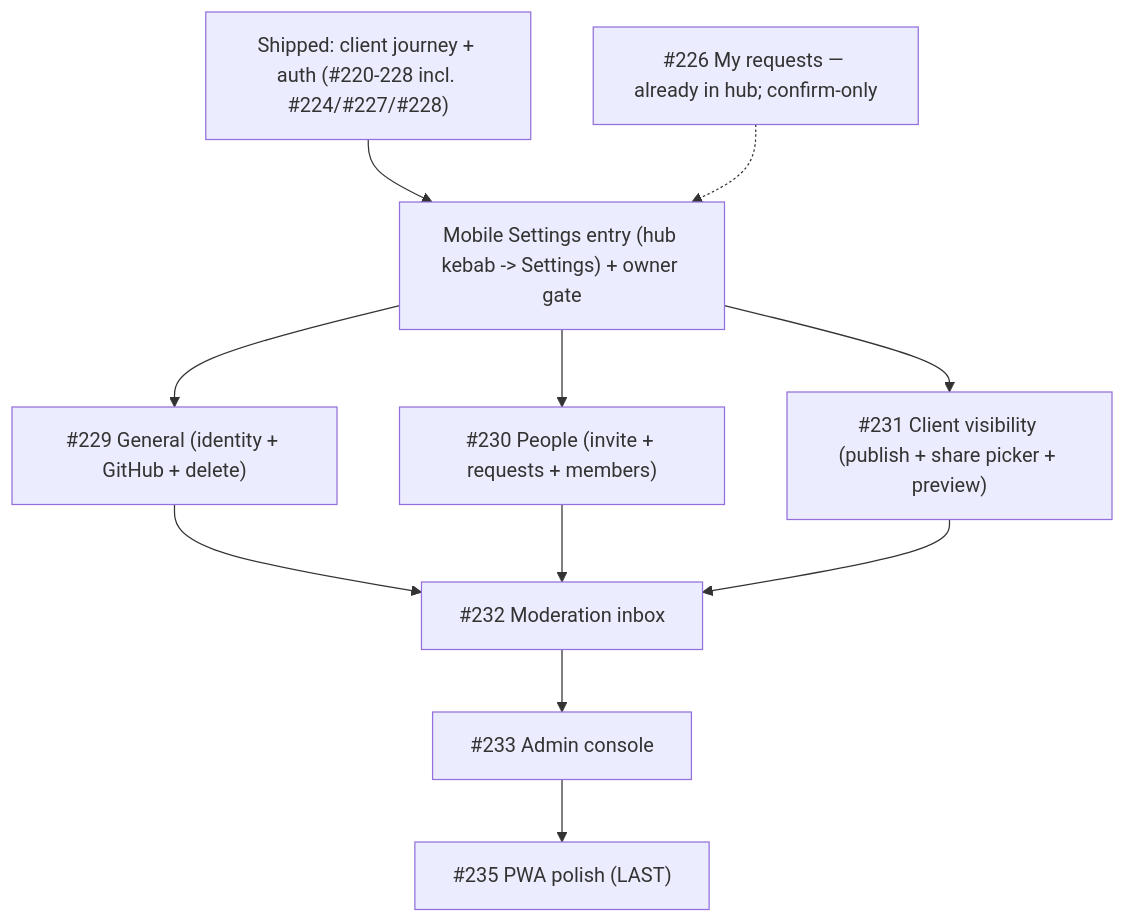
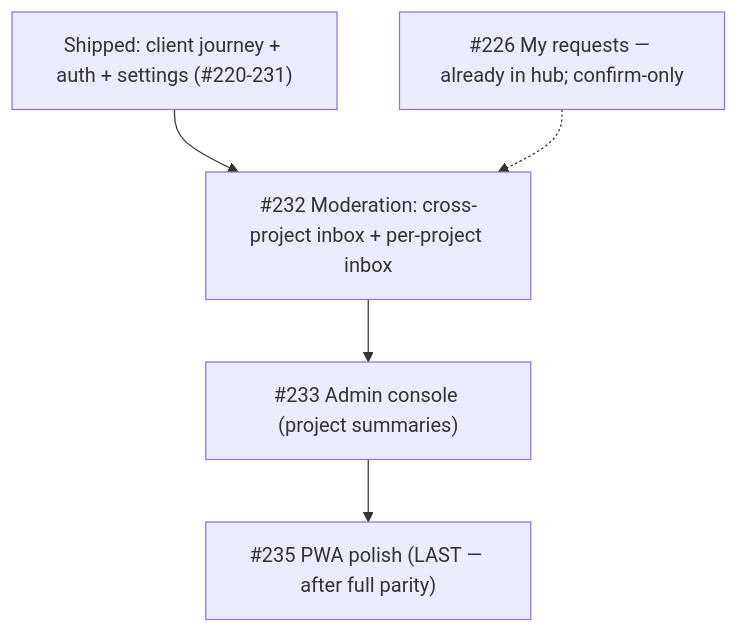
The diagram in docs/audits/milestone-12-audit.md (zestones/vista), drawn with Mermaid before and after one commit. The commit also changed other lines of this file, not shown here.

Commit message:
docs: refresh milestone #12 audit (moderation next)

````diff
--- a/docs/audits/milestone-12-audit.md
+++ b/docs/audits/milestone-12-audit.md
@@ -35,14 +32,8 @@
 ```mermaid
 flowchart TD
-  Done["Shipped: client journey + auth (#220-228 incl. #224/#227/#228)"]
-  Done --> ENTRY["Mobile Settings entry (hub kebab -> Settings) + owner gate"]
-  ENTRY --> G["#229 General (identity + GitHub + delete)"]
-  ENTRY --> P["#230 People (invite + requests + members)"]
-  ENTRY --> V["#231 Client visibility (publish + share picker + preview)"]
-  G --> MOD["#232 Moderation inbox"]
-  P --> MOD
-  V --> MOD
-  MOD --> ADM["#233 Admin console"]
-  ADM --> PWA["#235 PWA polish (LAST)"]
-  P226["#226 My requests — already in hub; confirm-only"] -.-> ENTRY
+  Done["Shipped: client journey + auth + settings (#220-231)"]
+  Done --> MOD["#232 Moderation: cross-project inbox + per-project inbox"]
+  MOD --> ADM["#233 Admin console (project summaries)"]
+  ADM --> PWA["#235 PWA polish (LAST — after full parity)"]
+  P226["#226 My requests — already in hub; confirm-only"] -.-> MOD
 ```
````
